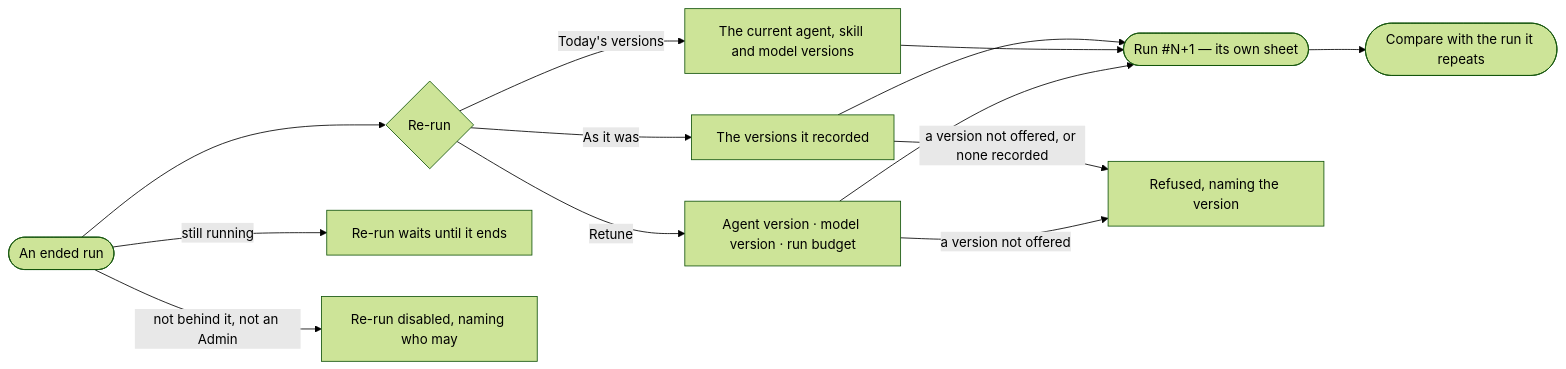
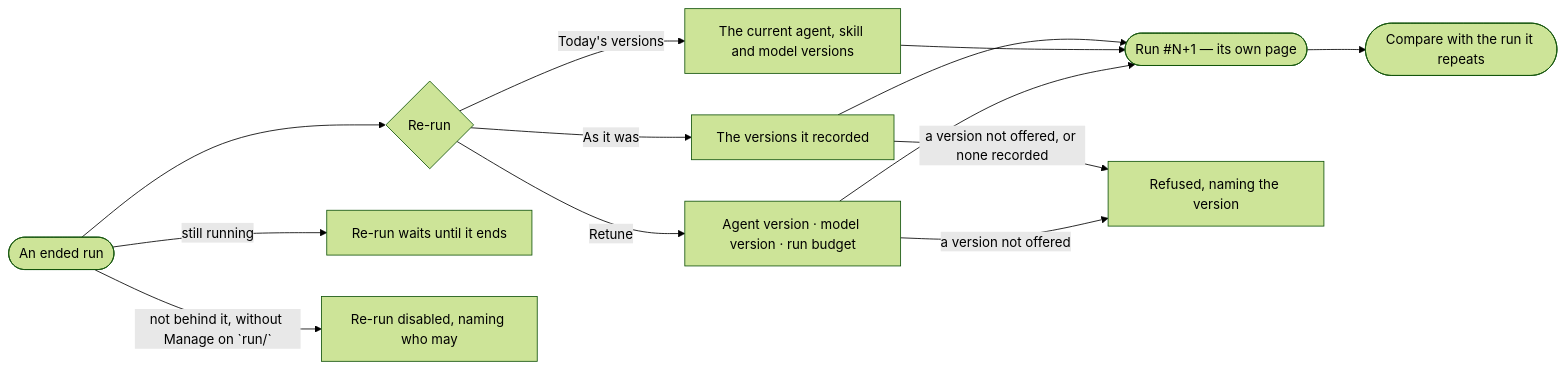
The diagram in specs/os/control/features/CP-F10-runs-and-how-the-agents-are-doing/stories/CP-54-re-run-a-run-as-it-was-or-retuned/story.md (invana/invana), drawn with Mermaid (forest theme) before and after one commit. The commit also changed other lines of this file and 456 other files, not shown here.

````diff
--- a/specs/os/control/features/CP-F10-runs-and-how-the-agents-are-doing/stories/CP-54-re-run-a-run-as-it-was-or-retuned/story.md
+++ b/specs/os/control/features/CP-F10-runs-and-how-the-agents-are-doing/stories/CP-54-re-run-a-run-as-it-was-or-retuned/story.md
@@ -26,15 +26,15 @@
 ```mermaid
 flowchart LR
   r([An ended run]) --> d{"Re-run"}
   d -->|As it was| a["The versions it recorded"]
   d -->|Today's versions| c["The current agent, skill and model versions"]
   d -->|Retune| t["Agent version · model version · run budget"]
-  a --> n(["Run #N+1 — its own sheet"])
+  a --> n(["Run #N+1 — its own page"])
   c --> n
   t --> n
   a -->|a version not offered, or none recorded| x["Refused, naming the version"]
   t -->|a version not offered| x
   r -->|still running| w["Re-run waits until it ends"]
-  r -->|not behind it, not an Admin| o["Re-run disabled, naming who may"]
+  r -->|not behind it, without Manage on `run/<agent>`| o["Re-run disabled, naming who may"]
   n --> cmp(["Compare with the run it repeats"])
 ```
````
